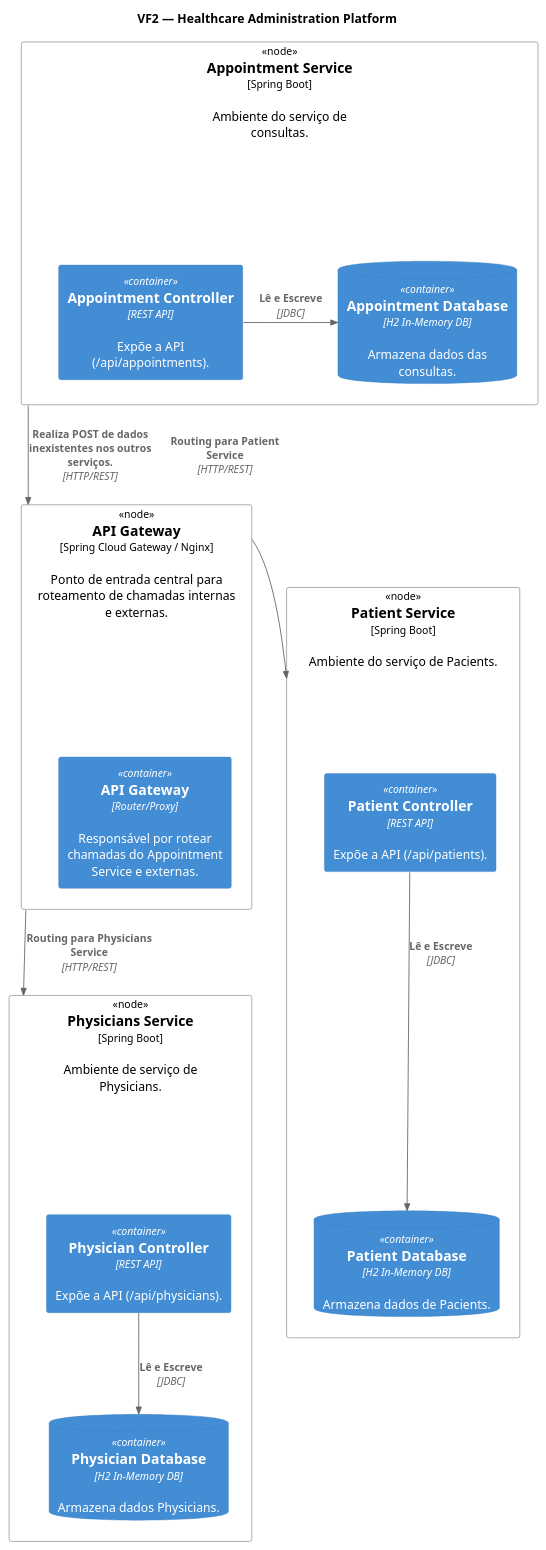
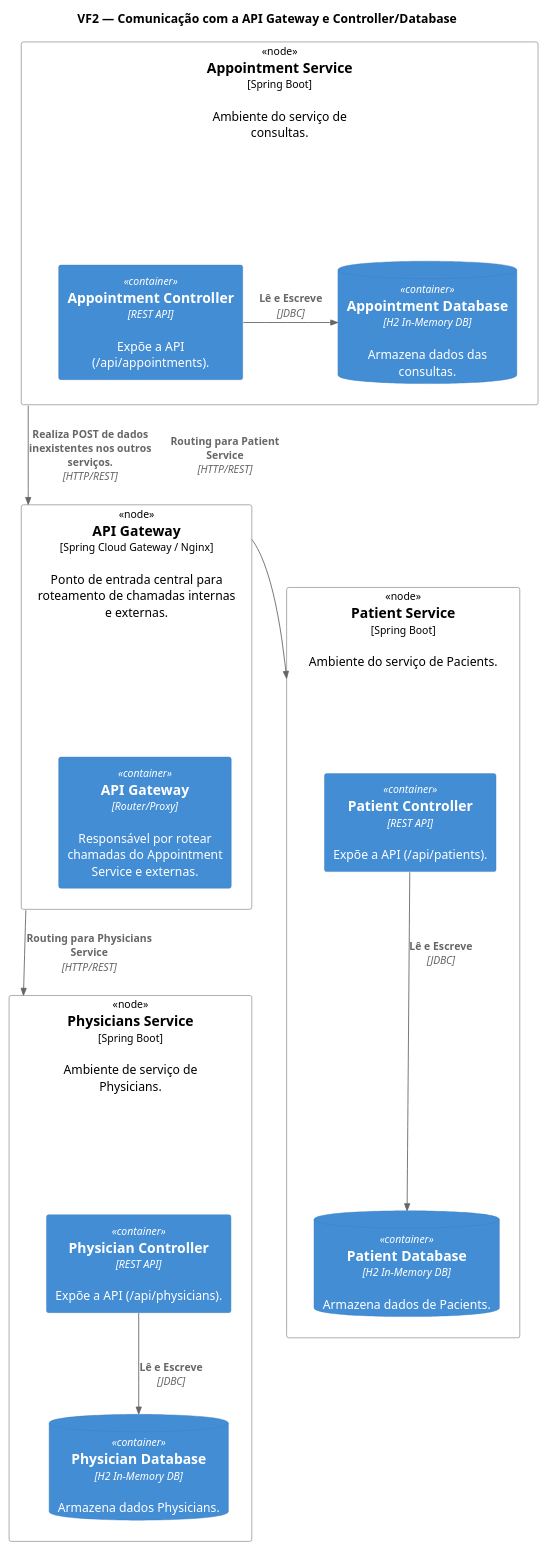
One commit to 1211104/PROJ_SIDIS2025 changed the diagram in docs/Vista Física/VF2.puml. Above: the diagram before and after it, drawn with PlantUML. The commit also changed 2 other files, not shown here.

```diff
--- a/docs/Vista Física/VF2.puml
+++ b/docs/Vista Física/VF2.puml
@@ -1,36 +1,36 @@
 @startuml C4 Deployment Diagram - With API Gateway
 
 !include https://raw.githubusercontent.com/plantuml-stdlib/C4-PlantUML/master/C4_Container.puml
 !include https://raw.githubusercontent.com/plantuml-stdlib/C4-PlantUML/master/C4_Deployment.puml
 
-title VF2 — Healthcare Administration Platform
+title VF2 — Comunicação com a API Gateway e Controller/Database
 
     Deployment_Node(APIGatewayNode, "API Gateway", "Spring Cloud Gateway / Nginx", "Ponto de entrada central para roteamento de chamadas internas e externas.") {
         Container(APIGateway, "API Gateway", "Router/Proxy", "Responsável por rotear chamadas do Appointment Service e externas.")
     }
 
     Deployment_Node(AppointmentServiceNode, "Appointment Service", "Spring Boot", "Ambiente do serviço de consultas.") {
         Container(AppointmentController, "Appointment Controller", "REST API", "Expõe a API (/api/appointments).")
         ContainerDb(AppointmentDB, "Appointment Database", "H2 In-Memory DB", "Armazena dados das consultas.")
     }
 
     Deployment_Node(PatientServiceNode, "Patient Service", "Spring Boot", "Ambiente do serviço de Pacients.") {
         Container(PatientController, "Patient Controller", "REST API", "Expõe a API (/api/patients).")
         ContainerDb(PatientDB, "Patient Database", "H2 In-Memory DB", "Armazena dados de Pacients.")
     }
 
     Deployment_Node(PhysicianServiceNode, "Physicians Service", "Spring Boot", "Ambiente de serviço de Physicians.") {
         Container(PhysicianController, "Physician Controller", "REST API", "Expõe a API (/api/physicians).")
         ContainerDb(PhysicianDB, "Physician Database", "H2 In-Memory DB", "Armazena dados Physicians.")
     }
 
 Rel(PatientController, PatientDB, "Lê e Escreve", "JDBC")
 Rel(PhysicianController, PhysicianDB, "Lê e Escreve", "JDBC")
 Rel_Right(AppointmentController, AppointmentDB, "Lê e Escreve", "JDBC")
 
 Rel_Down(AppointmentServiceNode, APIGatewayNode, "Realiza POST de dados inexistentes nos outros serviços.", "HTTP/REST")
 
 Rel_Right(APIGatewayNode, PatientServiceNode, "Routing para Patient Service", "HTTP/REST")
 Rel_Down(APIGatewayNode, PhysicianServiceNode, "Routing para Physicians Service", "HTTP/REST")
 
 @enduml
```
